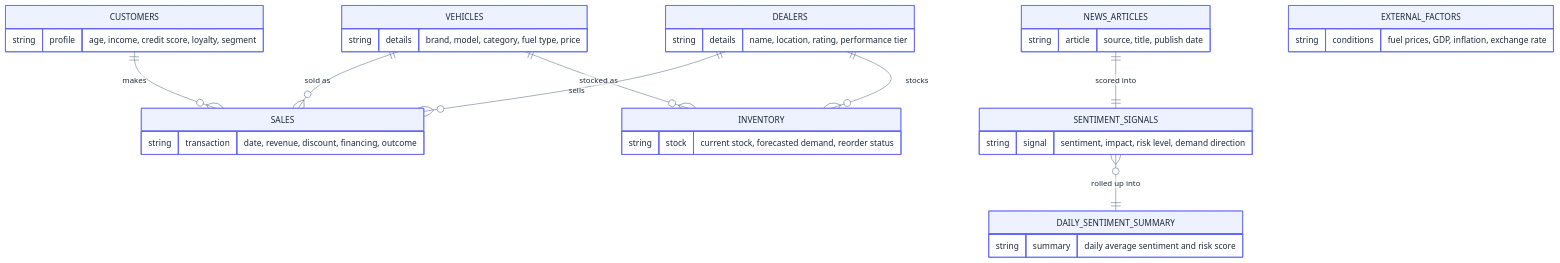
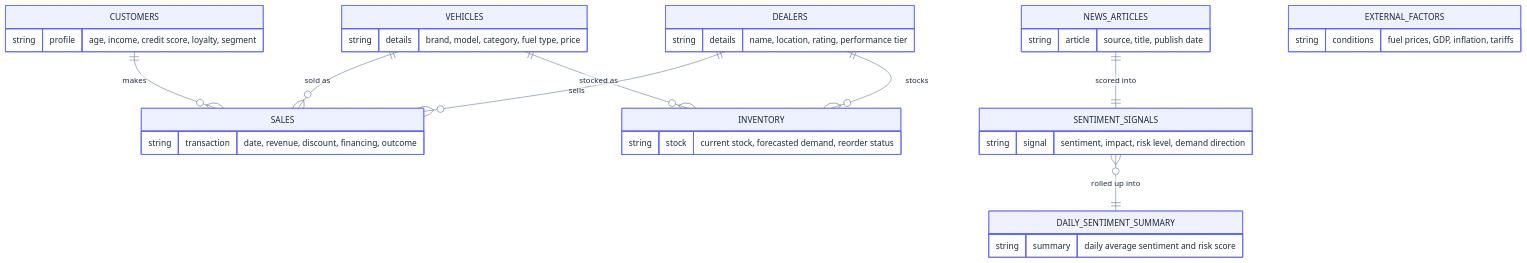
The second of 6 diagrams in ARCHITECTURE_OVERVIEW.md (pushpalhedau/Demand-Prediction), drawn with Mermaid before and after one commit. The commit also changed other lines of this file and 69 other files, not shown here.

````diff
--- a/ARCHITECTURE_OVERVIEW.md
+++ b/ARCHITECTURE_OVERVIEW.md
@@ -75,42 +75,42 @@
 ```mermaid
 %%{init: {'theme':'base', 'themeVariables': {
   'primaryColor':'#EEF2FF','primaryTextColor':'#1E293B','primaryBorderColor':'#6366F1',
   'lineColor':'#64748B','fontFamily':'Segoe UI, Helvetica, Arial, sans-serif','fontSize':'15px'
 }}}%%
 erDiagram
     CUSTOMERS ||--o{ SALES : "makes"
     VEHICLES ||--o{ SALES : "sold as"
     DEALERS ||--o{ SALES : "sells"
     DEALERS ||--o{ INVENTORY : "stocks"
     VEHICLES ||--o{ INVENTORY : "stocked as"
     NEWS_ARTICLES ||--|| SENTIMENT_SIGNALS : "scored into"
     SENTIMENT_SIGNALS }o--|| DAILY_SENTIMENT_SUMMARY : "rolled up into"
 
     CUSTOMERS {
         string profile "age, income, credit score, loyalty, segment"
     }
     VEHICLES {
         string details "brand, model, category, fuel type, price"
     }
     DEALERS {
         string details "name, location, rating, performance tier"
     }
     SALES {
         string transaction "date, revenue, discount, financing, outcome"
     }
     INVENTORY {
         string stock "current stock, forecasted demand, reorder status"
     }
     EXTERNAL_FACTORS {
-        string conditions "fuel prices, GDP, inflation, exchange rate"
+        string conditions "fuel prices, GDP, inflation, tariffs"
     }
     NEWS_ARTICLES {
         string article "source, title, publish date"
     }
     SENTIMENT_SIGNALS {
         string signal "sentiment, impact, risk level, demand direction"
     }
     DAILY_SENTIMENT_SUMMARY {
         string summary "daily average sentiment and risk score"
     }
 ```
````
